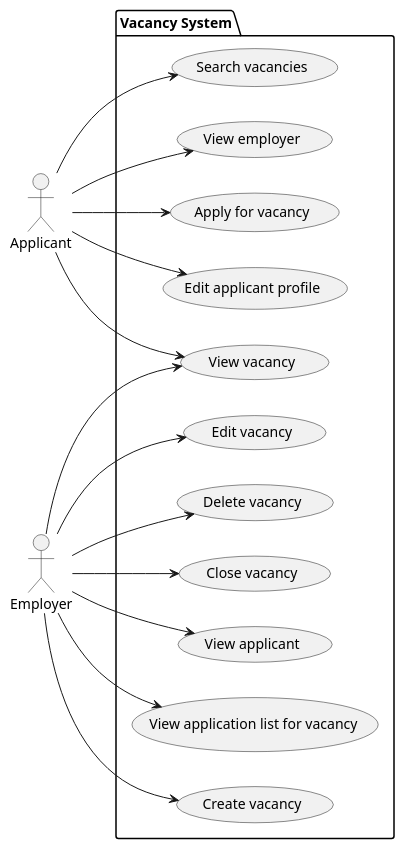
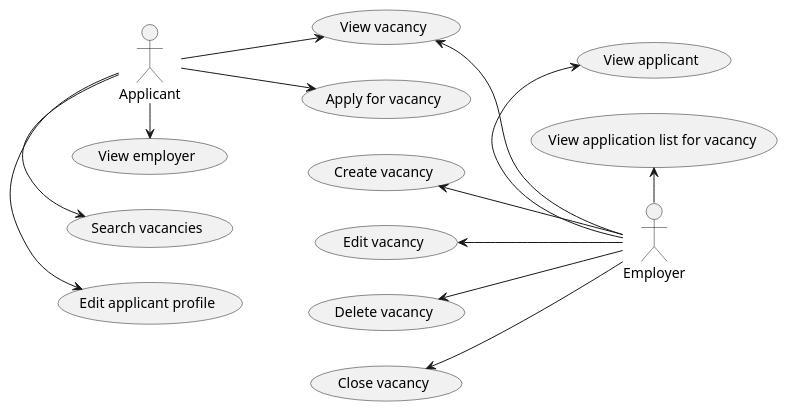
The diagram in lab1/diagrams/use-case.plantuml (gmatiukhin/prog-eng), drawn with PlantUML before and after one commit. The commit also changed 4 other files, not shown here.

```diff
--- a/lab1/diagrams/use-case.plantuml
+++ b/lab1/diagrams/use-case.plantuml
@@ -1,40 +1,36 @@
 @startuml
 left to right direction
 
 actor Applicant as a
 actor Employer  as e
 
-package "Vacancy System" {
-  usecase "Create vacancy"      as cv
-  usecase "Edit vacancy"        as ev
-  usecase "Delete vacancy"      as dv
-  usecase "Close vacancy"       as clv
-  usecase "View vacancy"        as vv
+usecase "Create vacancy"      as cv
+usecase "Edit vacancy"        as ev
+usecase "Delete vacancy"      as dv
+usecase "Close vacancy"       as clv
+usecase "View vacancy"        as vv
 
-  usecase "Edit applicant profile" as ep
-  usecase "Search vacancies"    as sv
-  usecase "Apply for vacancy"   as afv
+usecase "Edit applicant profile" as ep
+usecase "Search vacancies"    as sv
+usecase "Apply for vacancy"   as afv
 
-  usecase "View application list for vacancy" as vapps
-  usecase "View applicant" as vap
-  usecase "View employer" as vep
-}
-
-e --> cv
-e --> ev
-e --> dv
-e --> vv
-e --> clv
+usecase "View application list for vacancy" as vapps
+usecase "View applicant" as vap
+usecase "View employer" as vep
 
 a --> vv
 a -> ep
 a --> afv
 a -> sv
+a -> vep
 
-a -> vep
-e -> vap
-
-e -> vapps
+cv <-- e
+ev <-- e
+dv <-- e
+vv <-- e
+clv <-- e
+vap <- e
+vapps <- e
 
 
 @enduml
```
